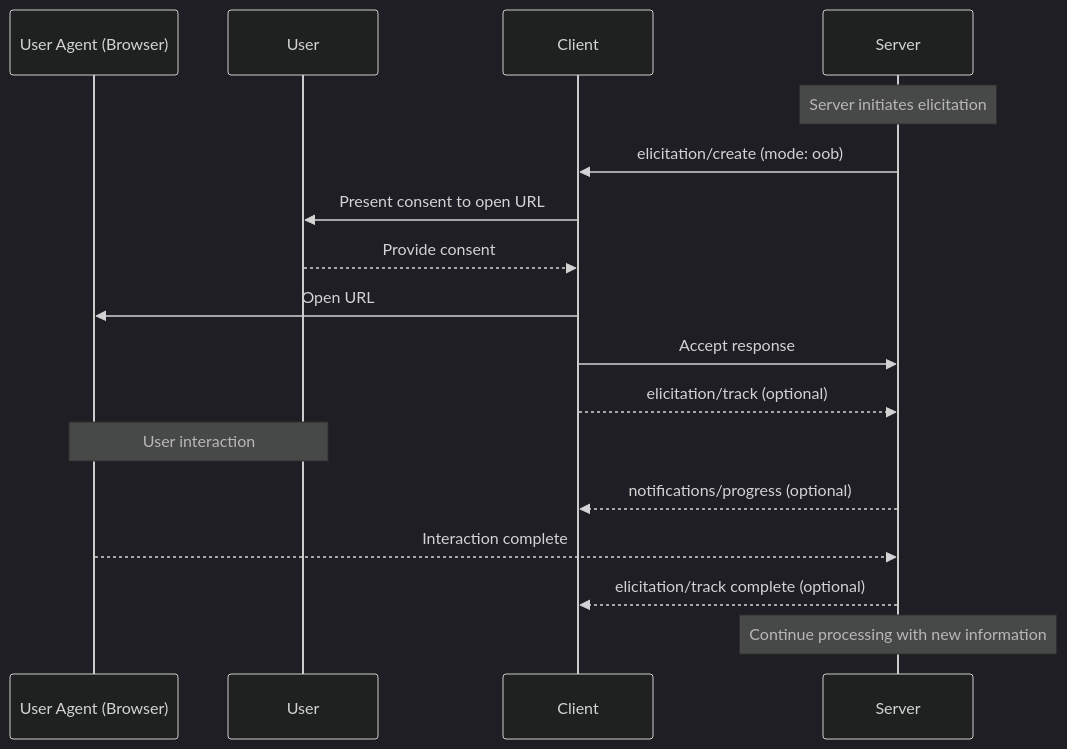
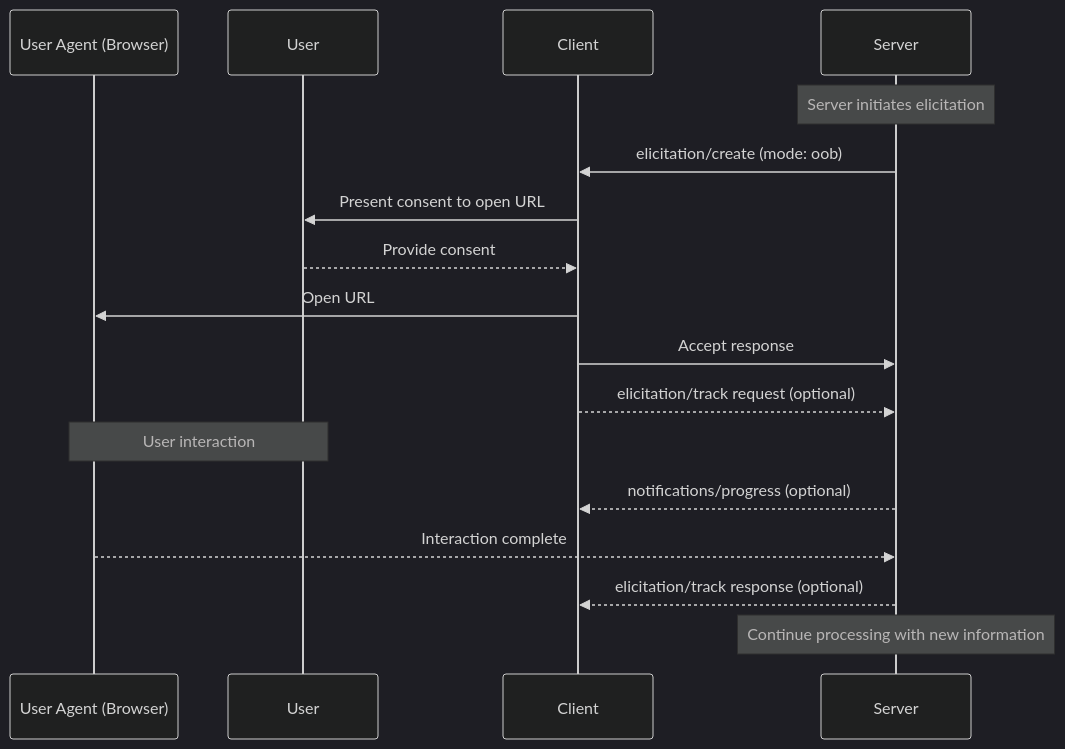
Before and after one commit to modelcontextprotocol/specification: the second of 3 diagrams in docs/specification/draft/client/elicitation.mdx, drawn with Mermaid (dark theme). The commit also changed other lines of this file, not shown here.

````diff
--- a/docs/specification/draft/client/elicitation.mdx
+++ b/docs/specification/draft/client/elicitation.mdx
@@ -353,24 +432,24 @@
 ```mermaid
 sequenceDiagram
     participant UserAgent as User Agent (Browser)
     participant User
     participant Client
     participant Server
 
     Note over Server: Server initiates elicitation
     Server->>Client: elicitation/create (mode: oob)
 
     Client->>User: Present consent to open URL
     User-->>Client: Provide consent
 
     Client->>UserAgent: Open URL
     Client->>Server: Accept response
-    Client-->>Server: elicitation/track (optional)
+    Client-->>Server: elicitation/track request (optional)
 
     Note over User,UserAgent: User interaction
     Server-->>Client: notifications/progress (optional)
     UserAgent-->>Server: Interaction complete
-    Server-->>Client: elicitation/track complete (optional)
+    Server-->>Client: elicitation/track response (optional)
 
     Note over Server: Continue processing with new information
 ```
````
